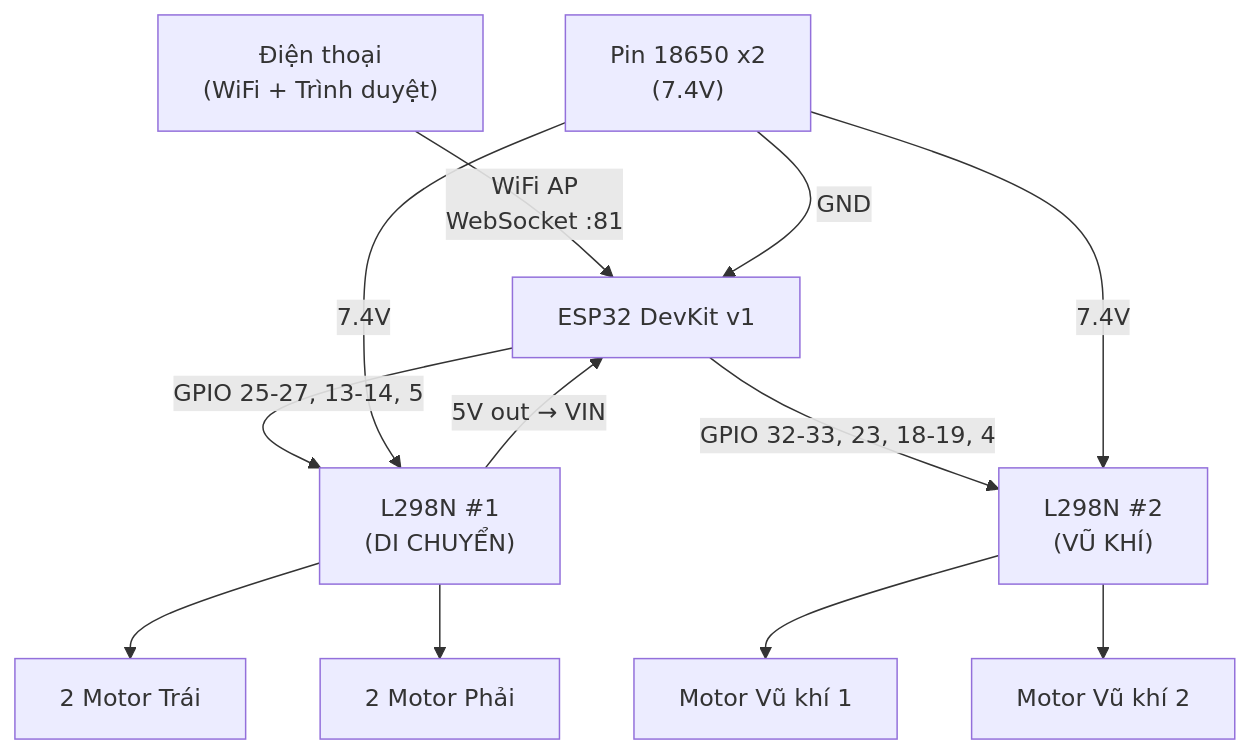
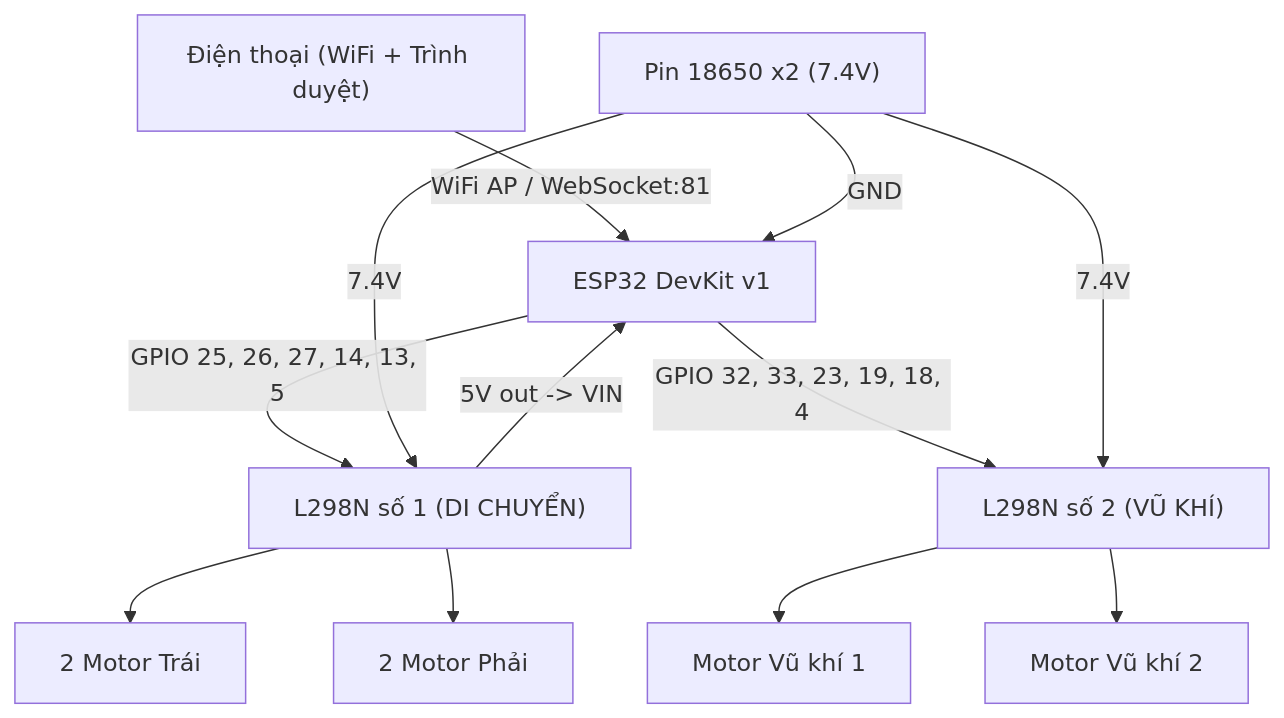
One commit to leanhtuan-coder/robot_sumo_controller changed the diagram in README.md. Above: the diagram before and after it, drawn with Mermaid. The commit also changed other lines of this file, not shown here.

Commit message:
docs: update detailed wiring instructions and fix mermaid diagram

````diff
--- a/README.md
+++ b/README.md
@@ -99,24 +157,24 @@
 ```mermaid
 graph TD
-    Phone["Điện thoại<br/>(WiFi + Trình duyệt)"]
+    Phone["Điện thoại (WiFi + Trình duyệt)"]
     ESP["ESP32 DevKit v1"]
-    L1["L298N #1<br/>(DI CHUYỂN)"]
-    L2["L298N #2<br/>(VŨ KHÍ)"]
-    BAT["Pin 18650 x2<br/>(7.4V)"]
+    L1["L298N số 1 (DI CHUYỂN)"]
+    L2["L298N số 2 (VŨ KHÍ)"]
+    BAT["Pin 18650 x2 (7.4V)"]
     M1["2 Motor Trái"]
     M2["2 Motor Phải"]
     W1["Motor Vũ khí 1"]
     W2["Motor Vũ khí 2"]
 
-    Phone -- "WiFi AP<br/>WebSocket :81" --> ESP
-    ESP -- "GPIO 25-27, 13-14, 5" --> L1
-    ESP -- "GPIO 32-33, 23, 18-19, 4" --> L2
+    Phone -- "WiFi AP / WebSocket:81" --> ESP
+    ESP -- "GPIO 25, 26, 27, 14, 13, 5" --> L1
+    ESP -- "GPIO 32, 33, 23, 19, 18, 4" --> L2
     BAT -- "7.4V" --> L1
     BAT -- "7.4V" --> L2
     BAT -- "GND" --> ESP
-    L1 -- "5V out → VIN" --> ESP
+    L1 -- "5V out -> VIN" --> ESP
     L1 --> M1
     L1 --> M2
     L2 --> W1
     L2 --> W2
 ```
````
